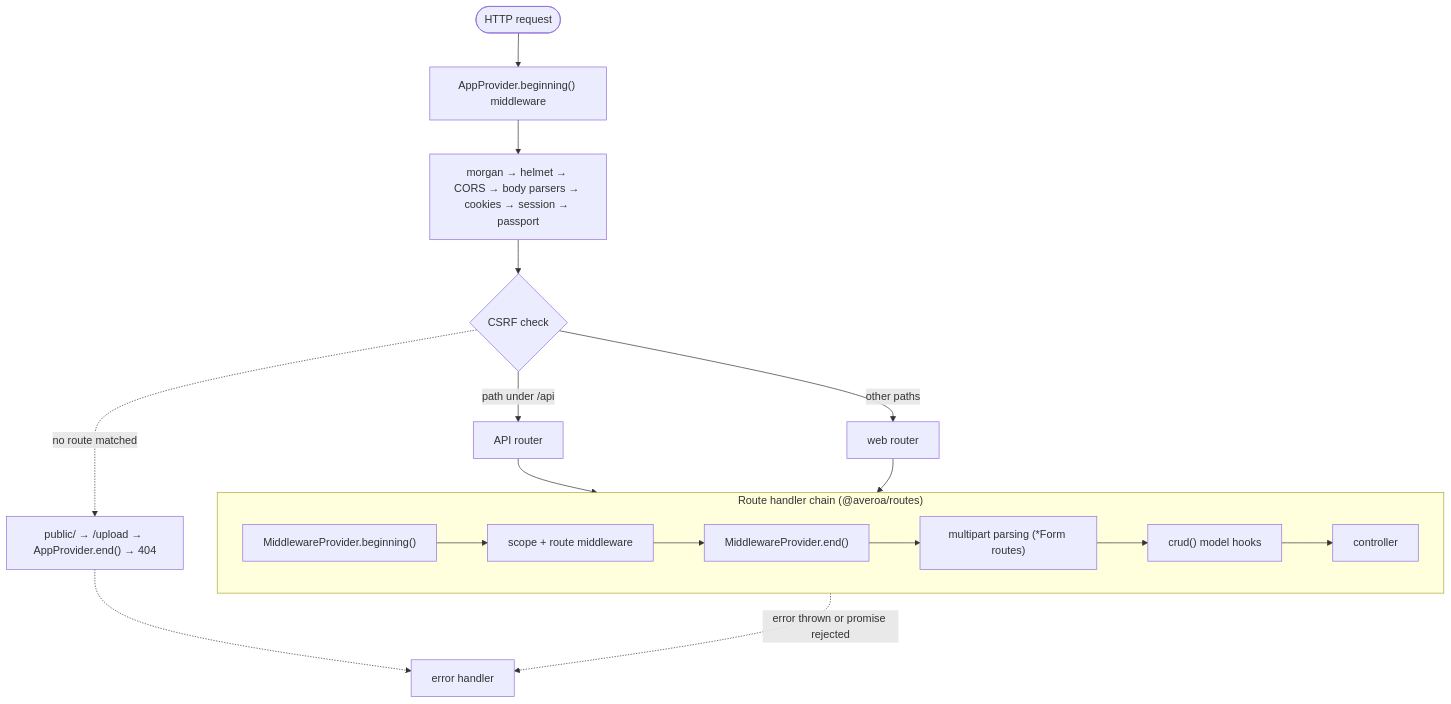
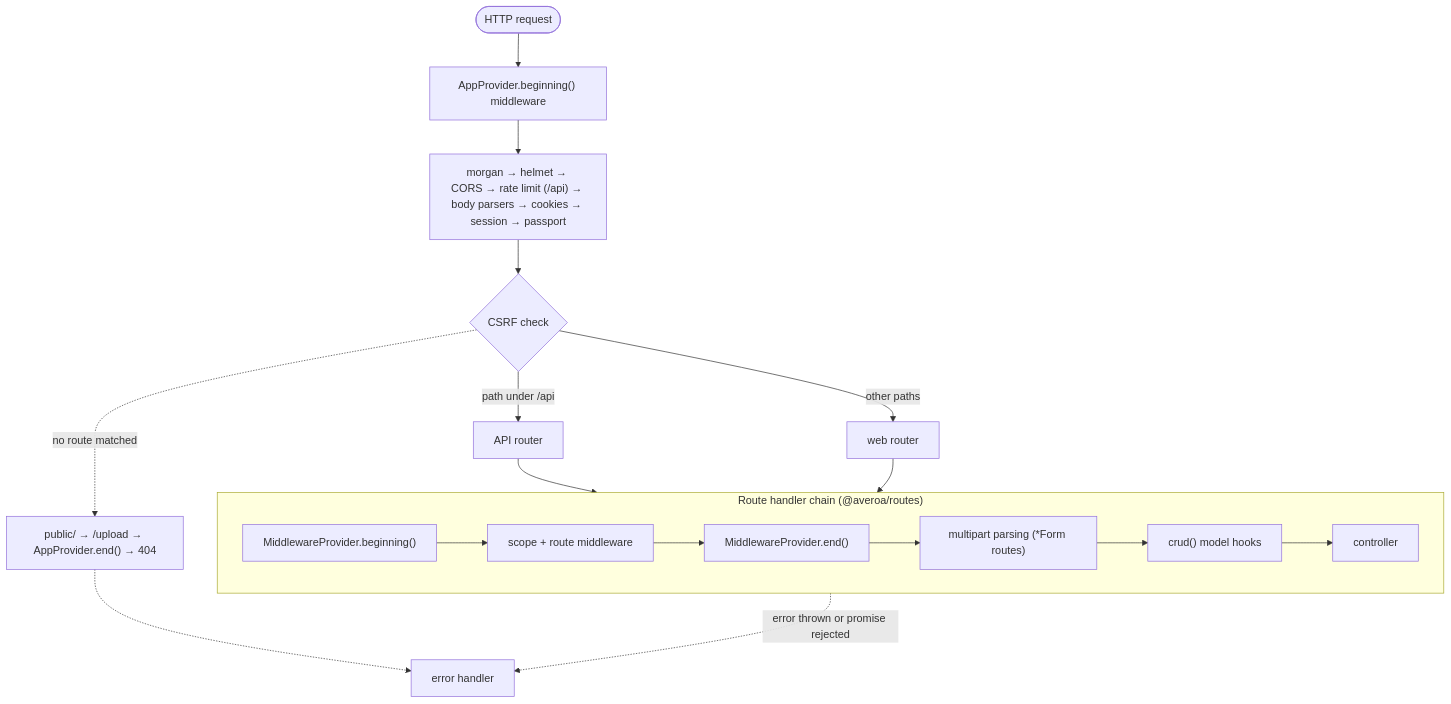
One commit to budiherma1/averoajs changed the diagram in README.md. Above: the diagram before and after it, drawn with Mermaid. The commit also changed other lines of this file and 1 other file, not shown here.

Commit message:
Document sessions in Redis, rate limiting and the new env vars

````diff
--- a/README.md
+++ b/README.md
@@ -259,17 +264,17 @@
 ```mermaid
 flowchart TD
   req(["HTTP request"]) --> early["AppProvider.beginning() middleware"]
-  early --> base["morgan → helmet → CORS → body parsers → cookies → session → passport"]
+  early --> base["morgan → helmet → CORS → rate limit (/api) → body parsers → cookies → session → passport"]
   base --> csrf{"CSRF check"}
   csrf -->|"path under /api"| api["API router"]
   csrf -->|"other paths"| web["web router"]
   subgraph chain ["Route handler chain (@averoa/routes)"]
     direction LR
     g1["MiddlewareProvider.beginning()"] --> rm["scope + route middleware"] --> g2["MiddlewareProvider.end()"] --> mp["multipart parsing (*Form routes)"] --> hooks["crud() model hooks"] --> ctrl["controller"]
   end
   api --> chain
   web --> chain
   csrf -.->|"no route matched"| stat["public/ → /upload → AppProvider.end() → 404"]
   ctrl -.->|"error thrown or promise rejected"| err["error handler"]
   stat -.-> err
 ```
````
